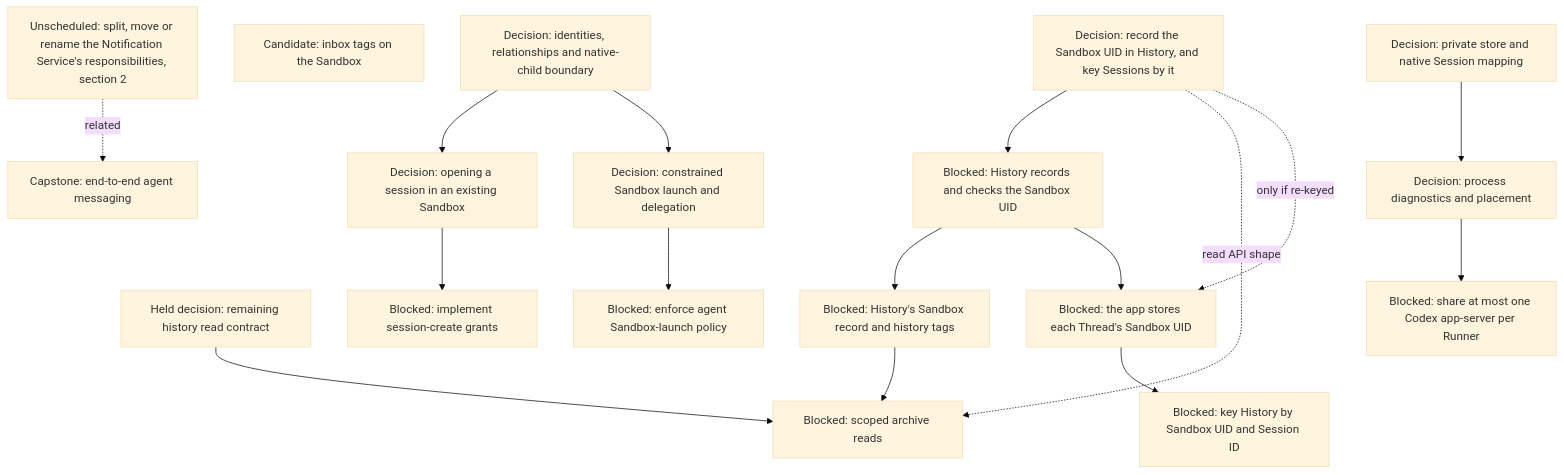
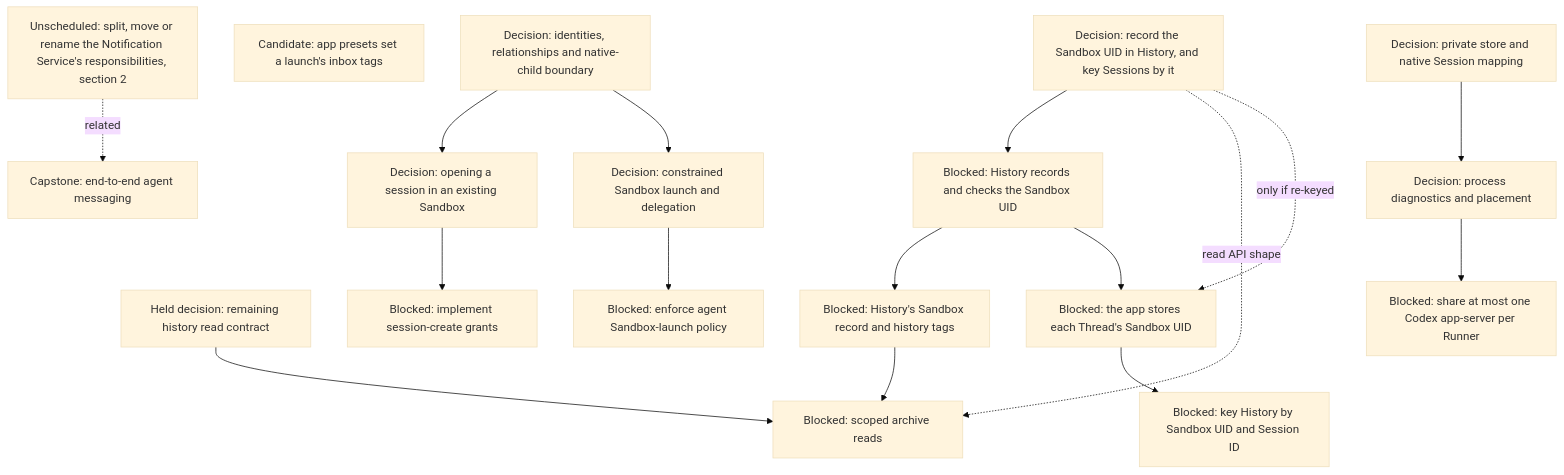
The fifth of 17 diagrams in agentplane/plans/task_dag.md (agentydragon-agent/ducktape), drawn with Mermaid (base theme) before and after one commit. The commit also changed other lines of this file and 17 other files, not shown here.

First line of the commit message:
agentplane: inbox tags grant sends to groups of Sandboxes (#11366)

````diff
--- a/agentplane/plans/task_dag.md
+++ b/agentplane/plans/task_dag.md
@@ -259,34 +259,34 @@
 ```mermaid
 flowchart TD
     MULTIAGENT_MODEL[Decision: identities, relationships and native-child boundary]
     THREAD_READ_POLICY_DESIGN[Held decision: remaining history read contract]
-    SANDBOX_INBOX_TAGS[Candidate: inbox tags on the Sandbox]
+    SANDBOX_INBOX_TAGS[Candidate: app presets set a launch's inbox tags]
     HISTORY_SANDBOX_RECORD[Blocked: History's Sandbox record and history tags]
     THREAD_READ_POLICY[Blocked: scoped archive reads]
     HISTORY_SESSION_KEY_DESIGN[Decision: record the Sandbox UID in History, and key Sessions by it]
     HISTORY_SANDBOX_UID[Blocked: History records and checks the Sandbox UID]
     APP_THREAD_SANDBOX_UID[Blocked: the app stores each Thread's Sandbox UID]
     HISTORY_SESSION_REKEY[Blocked: key History by Sandbox UID and Session ID]
     AGENT_MESSAGING[Capstone: end-to-end agent messaging]
     THREAD_CREATE_POLICY[Decision: opening a session in an existing Sandbox]
     THREAD_CREATE_AUTHORIZATION[Blocked: implement session-create grants]
     AGENT_LAUNCH_POLICY_DESIGN[Decision: constrained Sandbox launch and delegation]
     AGENT_SANDBOX_LAUNCH[Blocked: enforce agent Sandbox-launch policy]
     MULTIAGENT_MODEL --> THREAD_CREATE_POLICY
     MULTIAGENT_MODEL --> AGENT_LAUNCH_POLICY_DESIGN
     THREAD_READ_POLICY_DESIGN --> THREAD_READ_POLICY
     HISTORY_SESSION_KEY_DESIGN --> HISTORY_SANDBOX_UID
     HISTORY_SESSION_KEY_DESIGN -. read API shape .-> THREAD_READ_POLICY
     HISTORY_SESSION_KEY_DESIGN -. only if re-keyed .-> APP_THREAD_SANDBOX_UID
     HISTORY_SANDBOX_UID --> HISTORY_SANDBOX_RECORD
     HISTORY_SANDBOX_RECORD --> THREAD_READ_POLICY
     HISTORY_SANDBOX_UID --> APP_THREAD_SANDBOX_UID
     APP_THREAD_SANDBOX_UID --> HISTORY_SESSION_REKEY
     NOTIFICATION_SERVICE_SPLIT[Unscheduled: split, move or rename the Notification Service's responsibilities, section 2] -. related .-> AGENT_MESSAGING
     THREAD_CREATE_POLICY --> THREAD_CREATE_AUTHORIZATION
     AGENT_LAUNCH_POLICY_DESIGN --> AGENT_SANDBOX_LAUNCH
     RUNNER_HARNESS_OBJECTS_DESIGN[Decision: process diagnostics and placement]
     HARNESS_IDENTITY_DESIGN[Decision: private store and native Session mapping]
     HARNESS_IDENTITY_DESIGN --> RUNNER_HARNESS_OBJECTS_DESIGN
     RUNNER_HARNESS_OBJECTS_DESIGN --> RUNNER_CODEX_SHARED_PROCESS[Blocked: share at most one Codex app-server per Runner]
 ```
````
